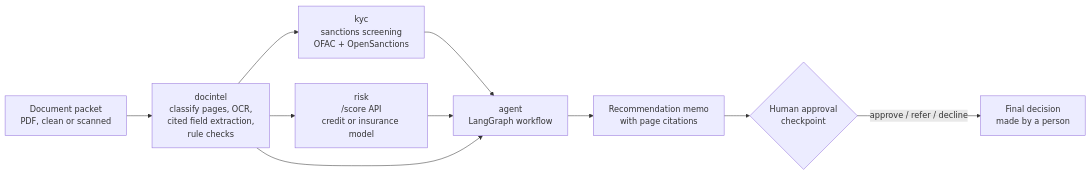
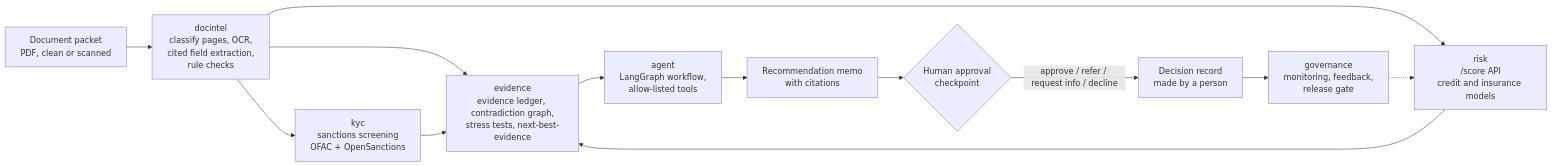
Before and after one commit to Bhavani-abhavi/Fundproof: the diagram in README.md, drawn with Mermaid. The commit also changed other lines of this file and 4 other files, not shown here.

First line of the commit message:
Add evidence and governance packages; update README for v2 design

````diff
--- a/README.md
+++ b/README.md
@@ -26,12 +36,15 @@
 ```mermaid
 flowchart LR
     P[Document packet<br/>PDF, clean or scanned] --> D[docintel<br/>classify pages, OCR,<br/>cited field extraction,<br/>rule checks]
     D --> K[kyc<br/>sanctions screening<br/>OFAC + OpenSanctions]
-    D --> R[risk<br/>/score API<br/>credit or insurance model]
-    K --> A[agent<br/>LangGraph workflow]
-    R --> A
-    D --> A
-    A --> M[Recommendation memo<br/>with page citations]
+    D --> R[risk<br/>/score API<br/>credit and insurance models]
+    D --> E[evidence<br/>evidence ledger, contradiction graph,<br/>stress tests, next-best-evidence]
+    K --> E
+    R --> E
+    E --> A[agent<br/>LangGraph workflow,<br/>allow-listed tools]
+    A --> M[Recommendation memo<br/>with citations]
     M --> H{Human approval<br/>checkpoint}
-    H -->|approve / refer / decline| O[Final decision<br/>made by a person]
+    H -->|approve / refer / request info / decline| O[Decision record<br/>made by a person]
+    O --> G[governance<br/>monitoring, feedback,<br/>release gate]
+    G -.-> R
 ```
````
